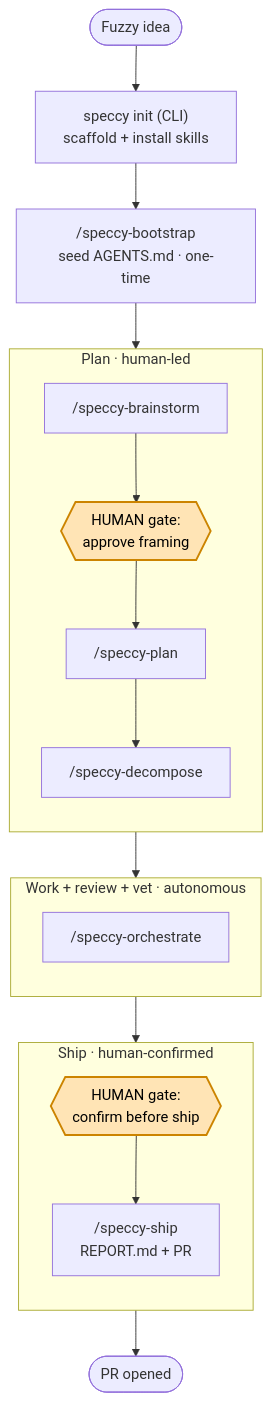
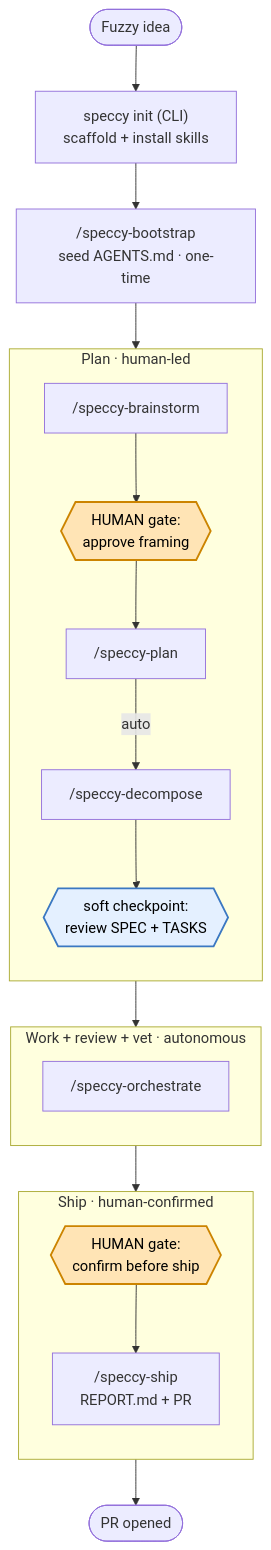
One commit to kvnxiao/speccy changed the diagram in README.md. Above: the diagram before and after it, drawn with Mermaid. The commit also changed other lines of this file and 16 other files, not shown here.

First line of the commit message:
Auto-chain plan→decompose and reframe gate justifications

````diff
--- a/README.md
+++ b/README.md
@@ -95,34 +98,37 @@
 ```mermaid
 flowchart TD
     Idea([Fuzzy idea]) --> Init["speccy init (CLI)<br/>scaffold + install skills"]
 
     subgraph Plan [Plan · human-led]
       direction TB
       Brain["/speccy-brainstorm"]
       G1{{HUMAN gate:<br/>approve framing}}
       PlanCmd["/speccy-plan"]
       Decomp["/speccy-decompose"]
-      Brain --> G1 --> PlanCmd --> Decomp
+      C1{{soft checkpoint:<br/>review SPEC + TASKS}}
+      Brain --> G1 --> PlanCmd -->|auto| Decomp --> C1
     end
 
     subgraph Loop [Work + review + vet · autonomous]
       direction TB
       Orch["/speccy-orchestrate"]
     end
 
     subgraph Ship [Ship · human-confirmed]
       direction TB
       G2{{HUMAN gate:<br/>confirm before ship}}
       ShipCmd["/speccy-ship<br/>REPORT.md + PR"]
       G2 --> ShipCmd
     end
 
     Init --> Boot["/speccy-bootstrap<br/>seed AGENTS.md · one-time"]
     Boot --> Brain
-    Decomp --> Orch
+    C1 --> Orch
     Orch --> G2
     ShipCmd --> Done([PR opened])
 
     classDef human fill:#ffe4b5,stroke:#cc8400,stroke-width:2px,color:#000
     class G1,G2 human
+    classDef soft fill:#e4f0ff,stroke:#3b78c2,stroke-width:2px,color:#000
+    class C1 soft
 ```
````
